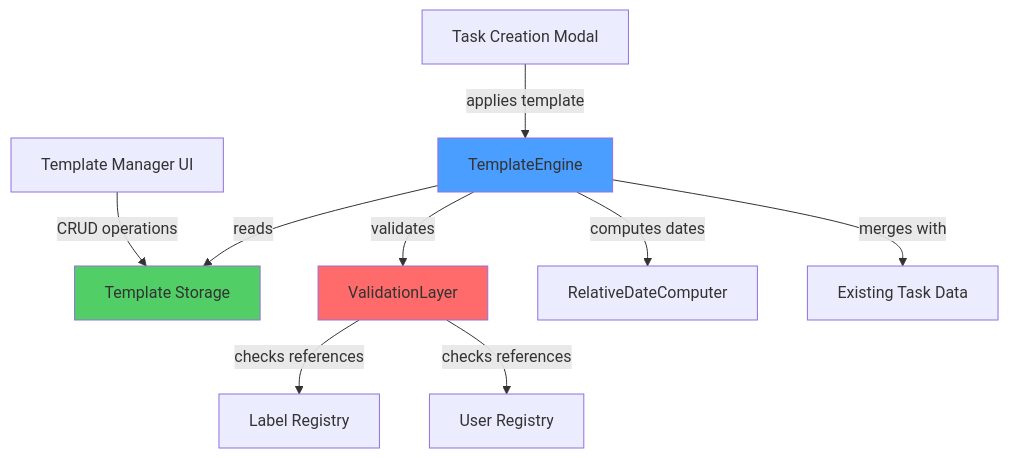
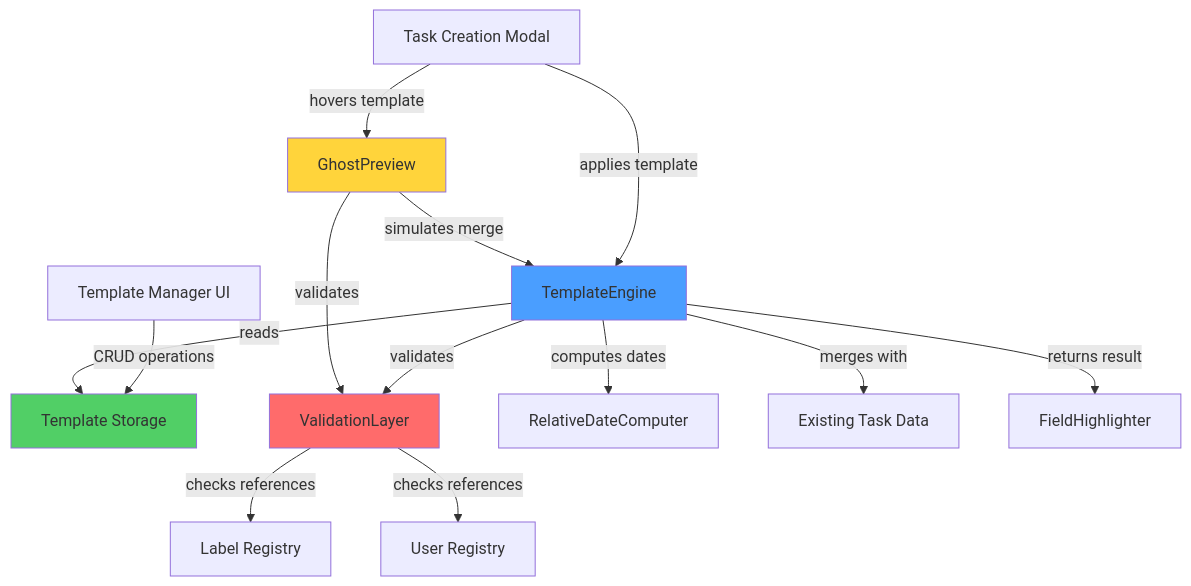
The diagram in .kiro/specs/task-templating-system/design.md (LaahAbba/SoroTask), drawn with Mermaid before and after one commit. The commit also changed other lines of this file, not shown here.

````diff
--- a/.kiro/specs/task-templating-system/design.md
+++ b/.kiro/specs/task-templating-system/design.md
@@ -25,15 +25,20 @@
 ```mermaid
 graph TD
     A[Task Creation Modal] -->|applies template| B[TemplateEngine]
+    A -->|hovers template| J[GhostPreview]
     C[Template Manager UI] -->|CRUD operations| D[Template Storage]
     B -->|validates| E[ValidationLayer]
     E -->|checks references| F[Label Registry]
     E -->|checks references| G[User Registry]
     B -->|reads| D
     B -->|computes dates| H[RelativeDateComputer]
     B -->|merges with| I[Existing Task Data]
+    J -->|simulates merge| B
+    J -->|validates| E
+    B -->|returns result| K[FieldHighlighter]
     
     style B fill:#4a9eff
     style E fill:#ff6b6b
     style D fill:#51cf66
+    style J fill:#ffd43b
 ```
````
